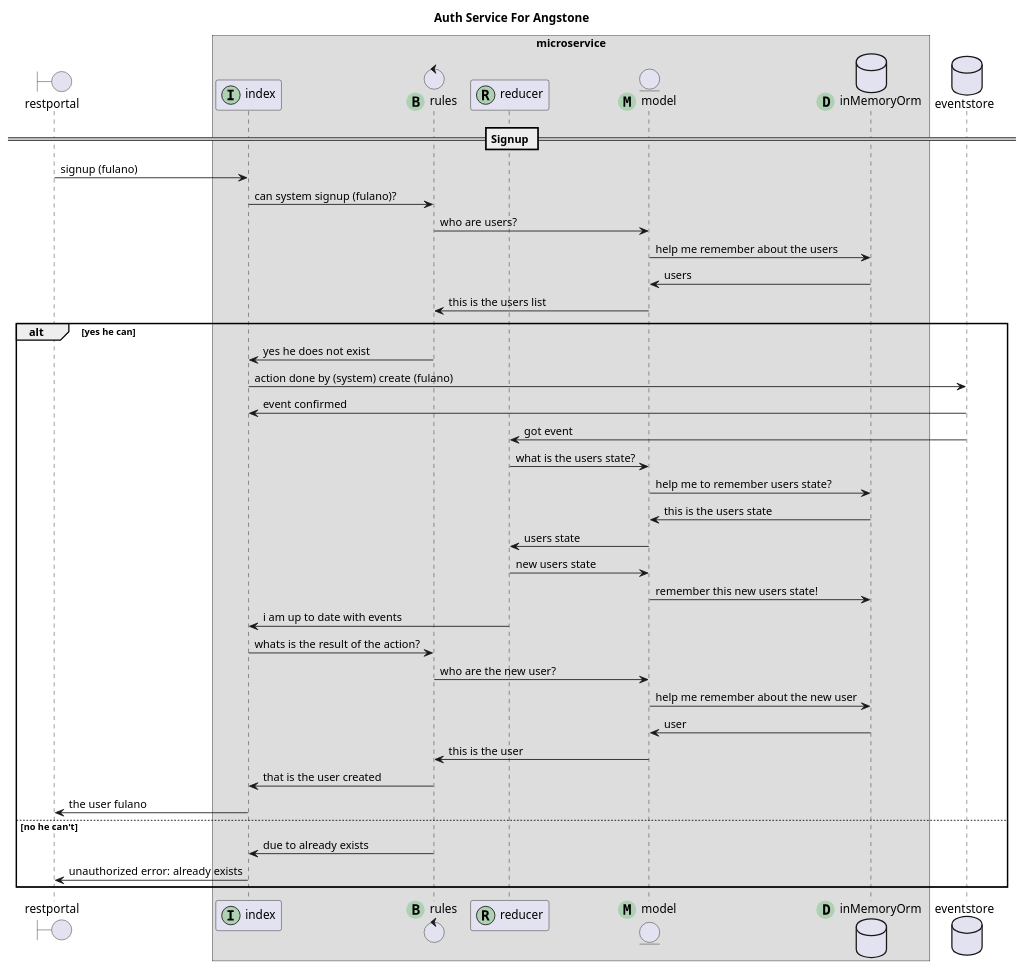
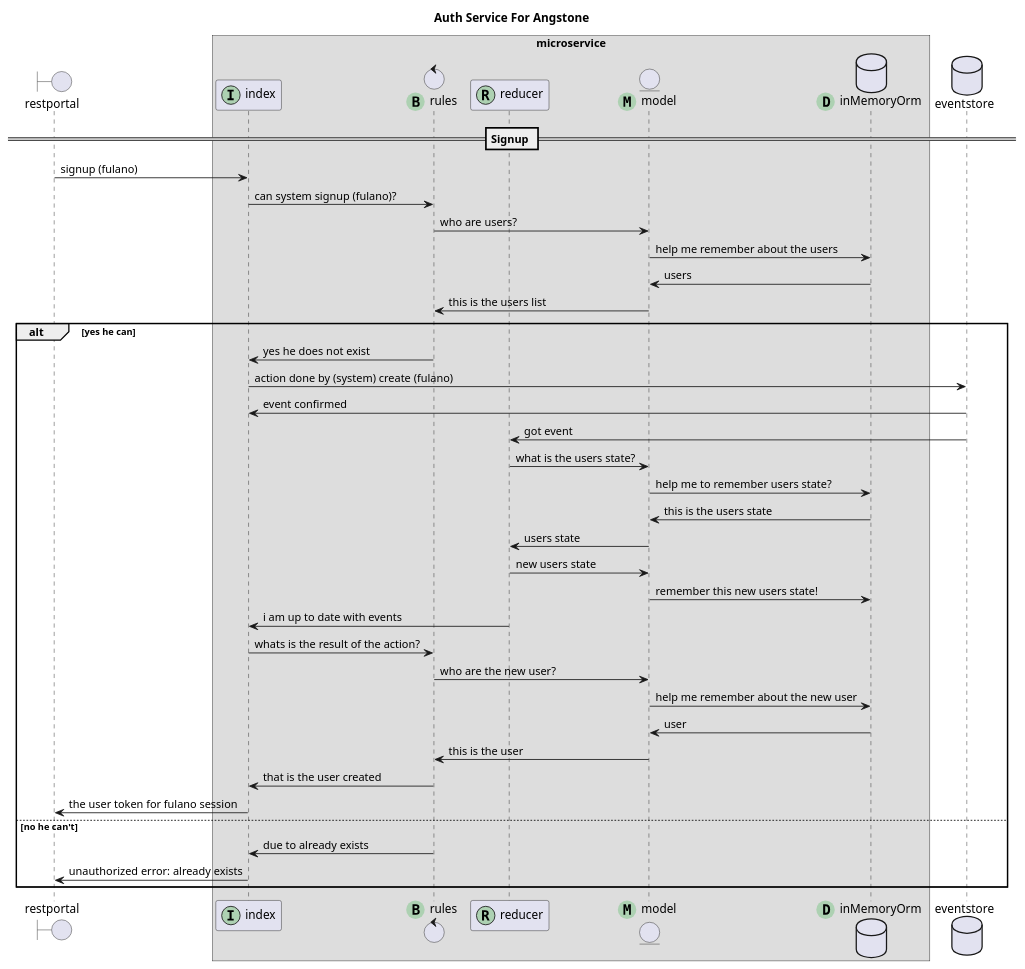
One commit to angstone/micro changed the diagram in docs/schemas/auth.pu. Above: the diagram before and after it, drawn with PlantUML. The commit also changed 34 other files, not shown here.

```diff
--- a/docs/schemas/auth.pu
+++ b/docs/schemas/auth.pu
@@ -1,42 +1,42 @@
 @startuml
 title Auth Service For Angstone
 boundary restportal
 box "microservice"
 participant index << (I,#ADD1B2) >>
 control rules << (B,#ADD1B2) >>
 participant reducer << (R,#ADD1B2) >>
 entity model << (M,#ADD1B2) >>
 database inMemoryOrm << (D,#ADD1B2) >>
 end box
 database eventstore
 == Signup ==
 restportal -> index : signup (fulano)
 index -> rules : can system signup (fulano)?
 rules -> model : who are users?
 model -> inMemoryOrm : help me remember about the users
 inMemoryOrm -> model : users
 model -> rules : this is the users list
 alt yes he can
 rules -> index: yes he does not exist
 index -> eventstore: action done by (system) create (fulano)
 eventstore -> index : event confirmed
 eventstore -> reducer : got event
 reducer -> model : what is the users state?
 model -> inMemoryOrm : help me to remember users state?
 inMemoryOrm -> model : this is the users state
 model -> reducer : users state
 reducer -> model : new users state
 model -> inMemoryOrm : remember this new users state!
 reducer -> index : i am up to date with events
 index -> rules: whats is the result of the action?
 rules -> model : who are the new user?
 model -> inMemoryOrm : help me remember about the new user
 inMemoryOrm -> model : user
 model -> rules : this is the user
 rules -> index : that is the user created
-index -> restportal : the user fulano
+index -> restportal : the user token for fulano session
 else no he can't
 rules -> index: due to already exists
 index -> restportal: unauthorized error: already exists
 end
 @enduml
```
